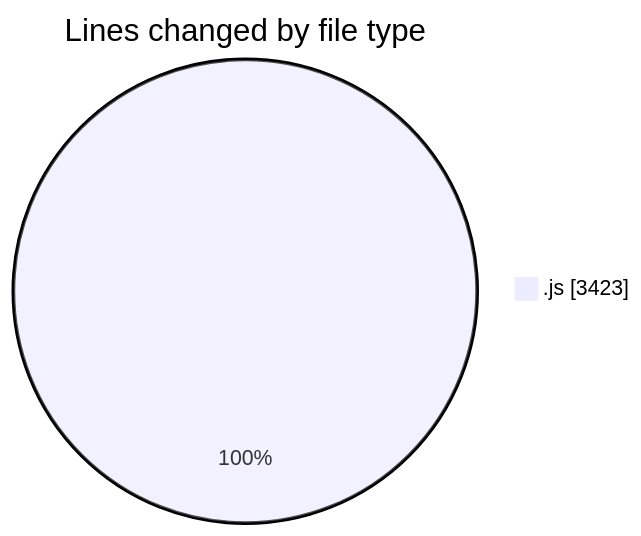
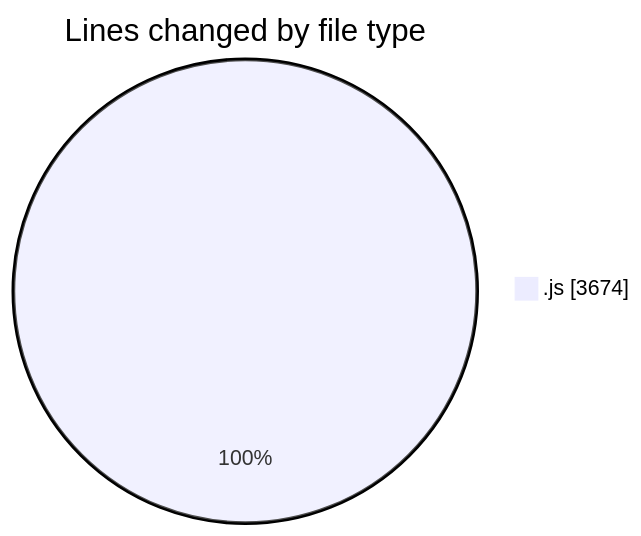
The first of 2 diagrams in 2025-09-04/nxtqube_webapp/README.md (nxtqubesakshisongat/code-tracking), drawn with Mermaid before and after one commit. The commit also changed other lines of this file and 1 other file, not shown here.

````diff
--- a/2025-09-04/nxtqube_webapp/README.md
+++ b/2025-09-04/nxtqube_webapp/README.md
@@ -20,5 +20,5 @@
 ```mermaid
 pie showData
 title Lines changed by file type
-".js" : 3423
+".js" : 3674
 ```
````
